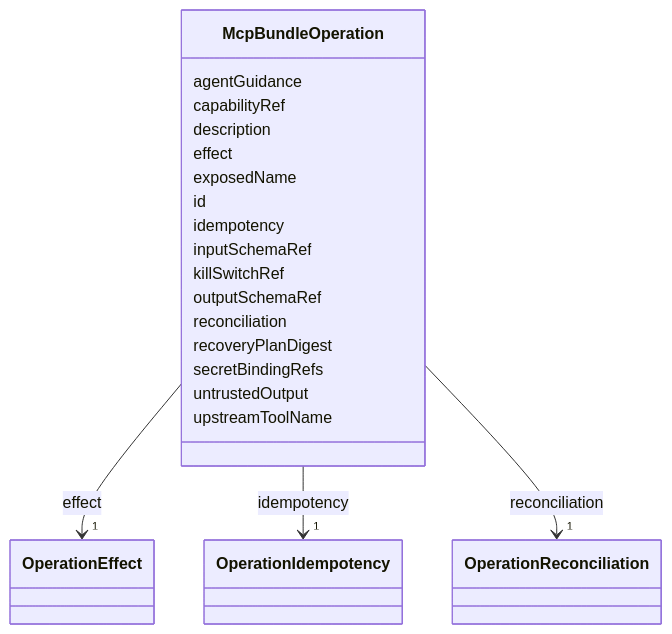
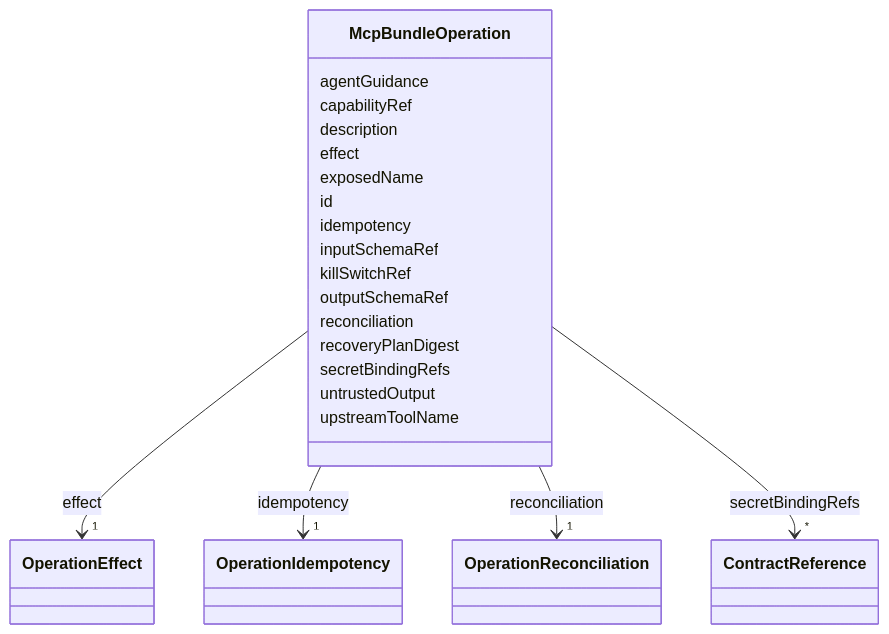
The diagram in metamodel/generated/docs/McpBundleOperation.md (open4good/jumo-core), drawn with Mermaid before and after one commit. The commit also changed other lines of this file and 33 other files, not shown here.

````diff
--- a/metamodel/generated/docs/McpBundleOperation.md
+++ b/metamodel/generated/docs/McpBundleOperation.md
@@ -18,63 +18,72 @@
 ```mermaid
  classDiagram
     class McpBundleOperation
     click McpBundleOperation href "../McpBundleOperation/"
       McpBundleOperation : agentGuidance
 
       McpBundleOperation : capabilityRef
 
       McpBundleOperation : description
 
       McpBundleOperation : effect
 
 
 
 
 
         McpBundleOperation --> "1" OperationEffect : effect
         click OperationEffect href "../OperationEffect/"
 
 
 
       McpBundleOperation : exposedName
 
       McpBundleOperation : id
 
       McpBundleOperation : idempotency
 
 
 
 
 
         McpBundleOperation --> "1" OperationIdempotency : idempotency
         click OperationIdempotency href "../OperationIdempotency/"
 
 
 
       McpBundleOperation : inputSchemaRef
 
       McpBundleOperation : killSwitchRef
 
       McpBundleOperation : outputSchemaRef
 
       McpBundleOperation : reconciliation
 
 
 
 
 
         McpBundleOperation --> "1" OperationReconciliation : reconciliation
         click OperationReconciliation href "../OperationReconciliation/"
 
 
 
       McpBundleOperation : recoveryPlanDigest
 
       McpBundleOperation : secretBindingRefs
 
+
+
+
+
+        McpBundleOperation --> "*" ContractReference : secretBindingRefs
+        click ContractReference href "../ContractReference/"
+
+
+
       McpBundleOperation : untrustedOutput
 
       McpBundleOperation : upstreamToolName
 
 
 ```
````
